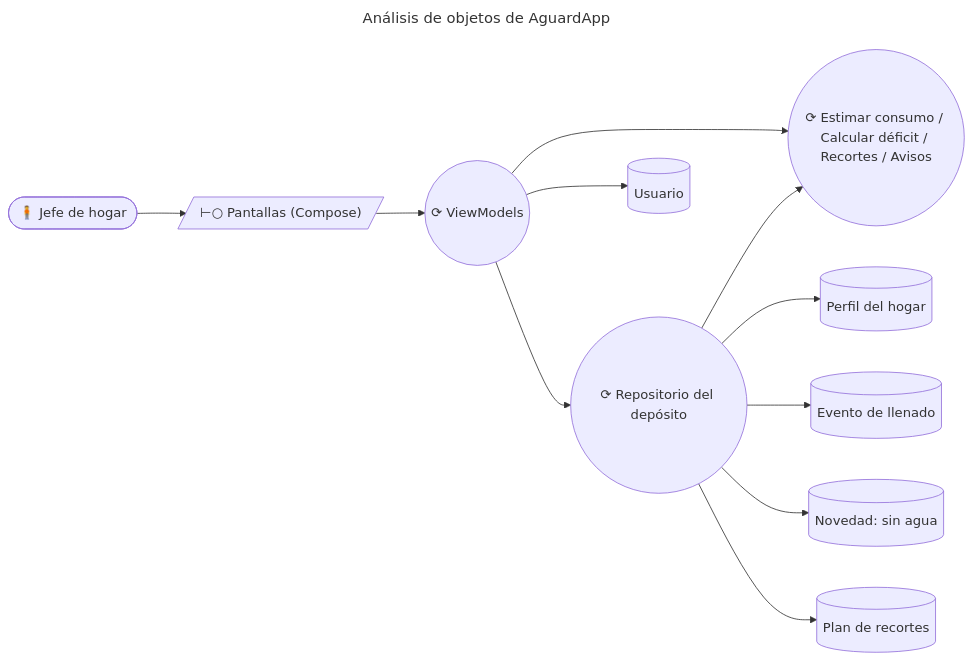
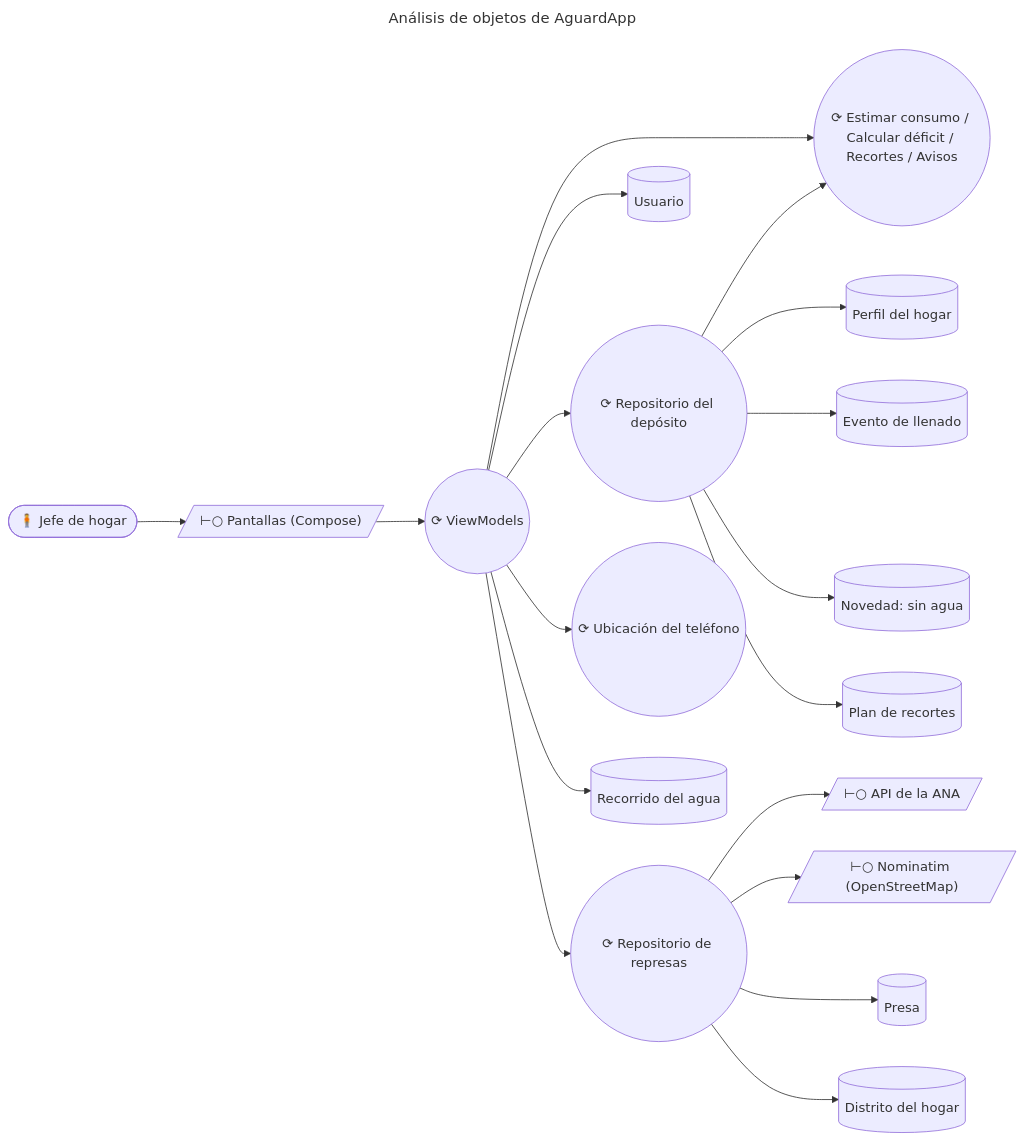
Before and after one commit to Cristhian465/Aguarda: the sixth of 11 diagrams in informes/FD03-SRS.md, drawn with Mermaid. The commit also changed other lines of this file and 36 other files, not shown here.

````diff
--- a/informes/FD03-SRS.md
+++ b/informes/FD03-SRS.md
@@ -353,24 +414,34 @@
 ```mermaid
 ---
 title: Análisis de objetos de AguardApp
 ---
 flowchart LR
     U(["🧍 Jefe de hogar"])
     PANT[/"⊢○ Pantallas (Compose)"/]
     VM(("⟳ ViewModels"))
     REP(("⟳ Repositorio del depósito"))
     EST(("⟳ Estimar consumo / Calcular déficit / Recortes / Avisos"))
     US[("Usuario")]
     PH[("Perfil del hogar")]
     LL[("Evento de llenado")]
     NV[("Novedad: sin agua")]
     PR[("Plan de recortes")]
+    REPR(("⟳ Repositorio de represas"))
+    UBI(("⟳ Ubicación del teléfono"))
+    ANA[/"⊢○ API de la ANA"/]
+    OSM[/"⊢○ Nominatim (OpenStreetMap)"/]
+    PRS[("Presa")]
+    DH[("Distrito del hogar")]
+    RC[("Recorrido del agua")]
 
     U --> PANT
     PANT --> VM
     VM --> REP
     VM --> EST
     REP --> EST
     REP --> PH & LL & NV & PR
     VM --> US
+    VM --> REPR & UBI & RC
+    REPR --> ANA & OSM
+    REPR --> PRS & DH
 ```
````
